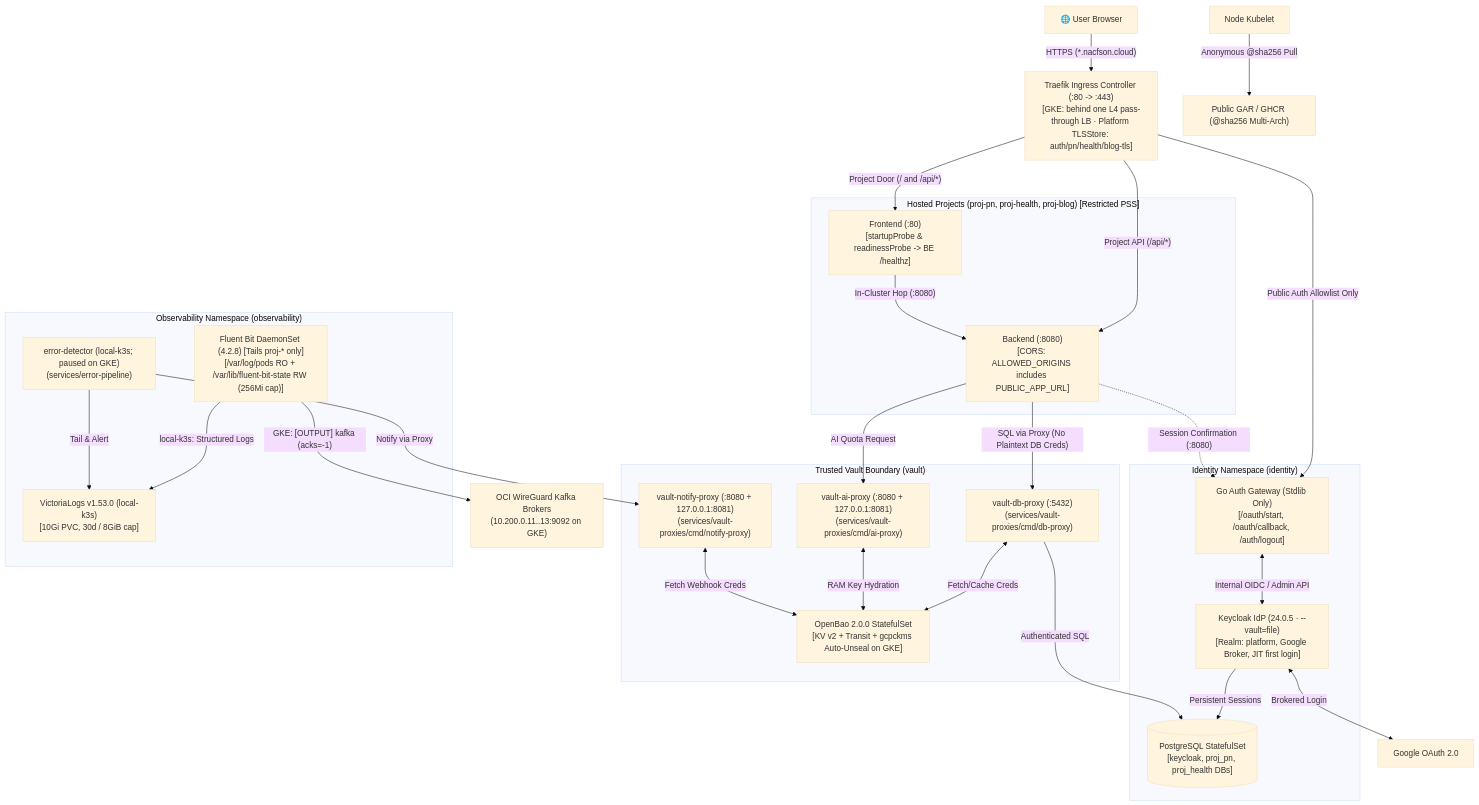
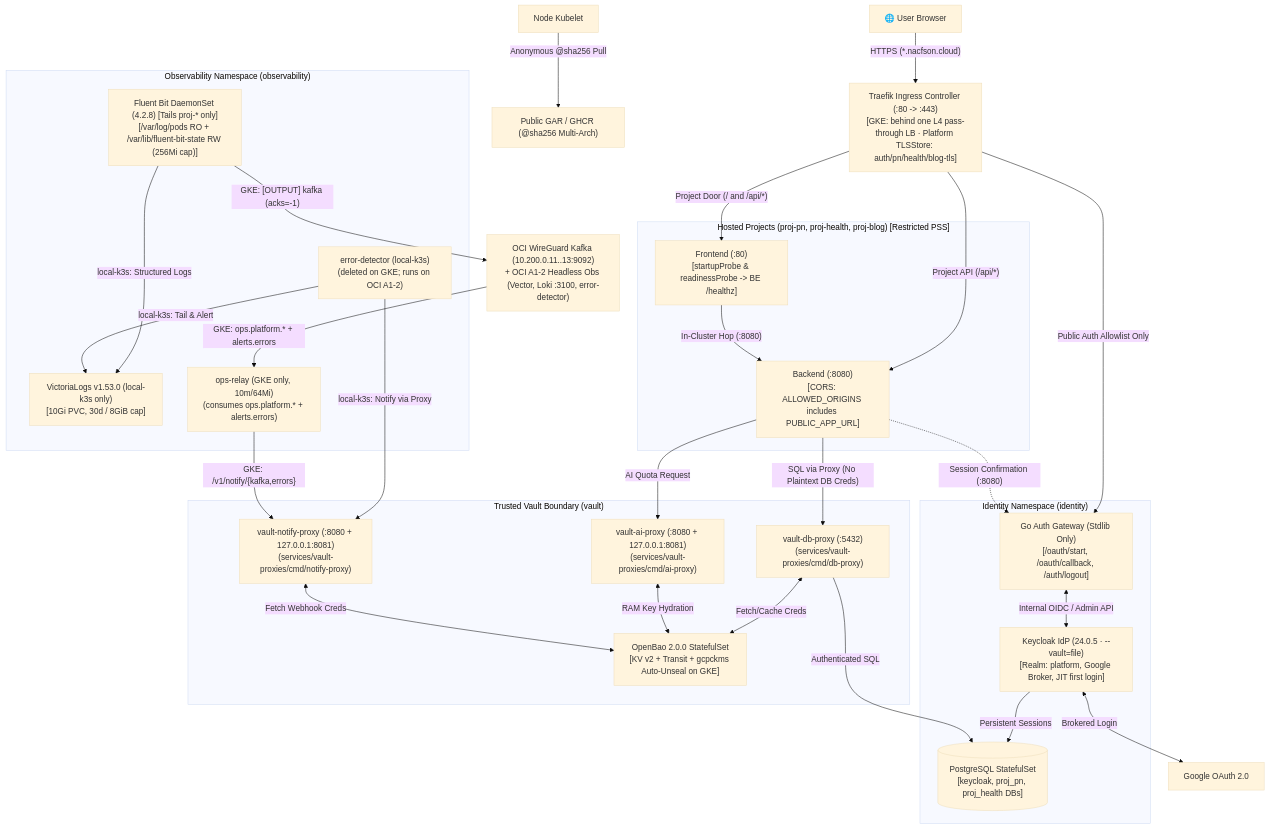
The first of 4 diagrams in ARCHITECTURE.md (nacfson/nacfson_pipeline), drawn with Mermaid (base theme) before and after one commit. The commit also changed other lines of this file and 53 other files, not shown here.

First line of the commit message:
feat(spec014): headless OCI A1-2 observability pipeline

````diff
--- a/ARCHITECTURE.md
+++ b/ARCHITECTURE.md
@@ -16,58 +16,61 @@
 ```mermaid
 flowchart TD
     Browser["🌐 User Browser"]
     Traefik["Traefik Ingress Controller (:80 -> :443)<br/>[GKE: behind one L4 pass-through LB · Platform TLSStore: auth/pn/health/blog-tls]"]
 
     subgraph PlatformIdentity["Identity Namespace (identity)"]
         Gateway["Go Auth Gateway (Stdlib Only)<br/>[/oauth/start, /oauth/callback, /auth/logout]"]
         Keycloak["Keycloak IdP (24.0.5 · --vault=file)<br/>[Realm: platform, Google Broker, JIT first login]"]
         Postgres[("PostgreSQL StatefulSet<br/>[keycloak, proj_pn, proj_health DBs]")]
     end
 
     subgraph VaultBoundary["Trusted Vault Boundary (vault)"]
         OpenBao["OpenBao 2.0.0 StatefulSet<br/>[KV v2 + Transit + gcpckms Auto-Unseal on GKE]"]
         DBProxy["vault-db-proxy (:5432)<br/>(services/vault-proxies/cmd/db-proxy)"]
         AIProxy["vault-ai-proxy (:8080 + 127.0.0.1:8081)<br/>(services/vault-proxies/cmd/ai-proxy)"]
         NotifyProxy["vault-notify-proxy (:8080 + 127.0.0.1:8081)<br/>(services/vault-proxies/cmd/notify-proxy)"]
     end
 
     subgraph ObservabilityNS["Observability Namespace (observability)"]
         FB["Fluent Bit DaemonSet (4.2.8) [Tails proj-* only]<br/>[/var/log/pods RO + /var/lib/fluent-bit-state RW (256Mi cap)]"]
-        VictoriaLogs["VictoriaLogs v1.53.0 (local-k3s)<br/>[10Gi PVC, 30d / 8GiB cap]"]
-        ErrorDetector["error-detector (local-k3s; paused on GKE)<br/>(services/error-pipeline)"]
+        VictoriaLogs["VictoriaLogs v1.53.0 (local-k3s only)<br/>[10Gi PVC, 30d / 8GiB cap]"]
+        ErrorDetector["error-detector (local-k3s)<br/>(deleted on GKE; runs on OCI A1-2)"]
+        OpsRelay["ops-relay (GKE only, 10m/64Mi)<br/>(consumes ops.platform.* + alerts.errors)"]
     end
 
     subgraph ProjectPN["Hosted Projects (proj-pn, proj-health, proj-blog) [Restricted PSS]"]
         FE["Frontend (:80)<br/>[startupProbe & readinessProbe -> BE /healthz]"]
         BE["Backend (:8080)<br/>[CORS: ALLOWED_ORIGINS includes PUBLIC_APP_URL]"]
     end
 
     Google["Google OAuth 2.0"]
     GAR["Public GAR / GHCR (@sha256 Multi-Arch)"]
-    OCIKafka["OCI WireGuard Kafka Brokers<br/>(10.200.0.11..13:9092 on GKE)"]
+    OCIKafka["OCI WireGuard Kafka (10.200.0.11..13:9092)<br/>+ OCI A1-2 Headless Obs (Vector, Loki :3100, error-detector)"]
 
     Browser -->|"HTTPS (*.nacfson.cloud)"| Traefik
     Traefik -->|"Project Door (/ and /api/*)"| FE
     Traefik -->|"Project API (/api/*)"| BE
     Traefik -->|"Public Auth Allowlist Only"| Gateway
 
     FE -->|"In-Cluster Hop (:8080)"| BE
     BE -.->|"Session Confirmation (:8080)"| Gateway
     Gateway <-->|"Internal OIDC / Admin API"| Keycloak
     Keycloak <-->|"Brokered Login"| Google
     Keycloak -->|"Persistent Sessions"| Postgres
 
     BE -->|"SQL via Proxy (No Plaintext DB Creds)"| DBProxy
     DBProxy <-->|"Fetch/Cache Creds"| OpenBao
     DBProxy -->|"Authenticated SQL"| Postgres
 
     BE -->|"AI Quota Request"| AIProxy
     AIProxy <-->|"RAM Key Hydration"| OpenBao
 
     Kubelet["Node Kubelet"] -->|"Anonymous @sha256 Pull"| GAR
     FB -->|"GKE: [OUTPUT] kafka (acks=-1)"| OCIKafka
     FB -->|"local-k3s: Structured Logs"| VictoriaLogs
-    ErrorDetector -->|"Tail & Alert"| VictoriaLogs
-    ErrorDetector -->|"Notify via Proxy"| NotifyProxy
+    ErrorDetector -->|"local-k3s: Tail & Alert"| VictoriaLogs
+    ErrorDetector -->|"local-k3s: Notify via Proxy"| NotifyProxy
+    OCIKafka -->|"GKE: ops.platform.* + alerts.errors"| OpsRelay
+    OpsRelay -->|"GKE: /v1/notify/{kafka,errors}"| NotifyProxy
     NotifyProxy <-->|"Fetch Webhook Creds"| OpenBao
 ```
````
